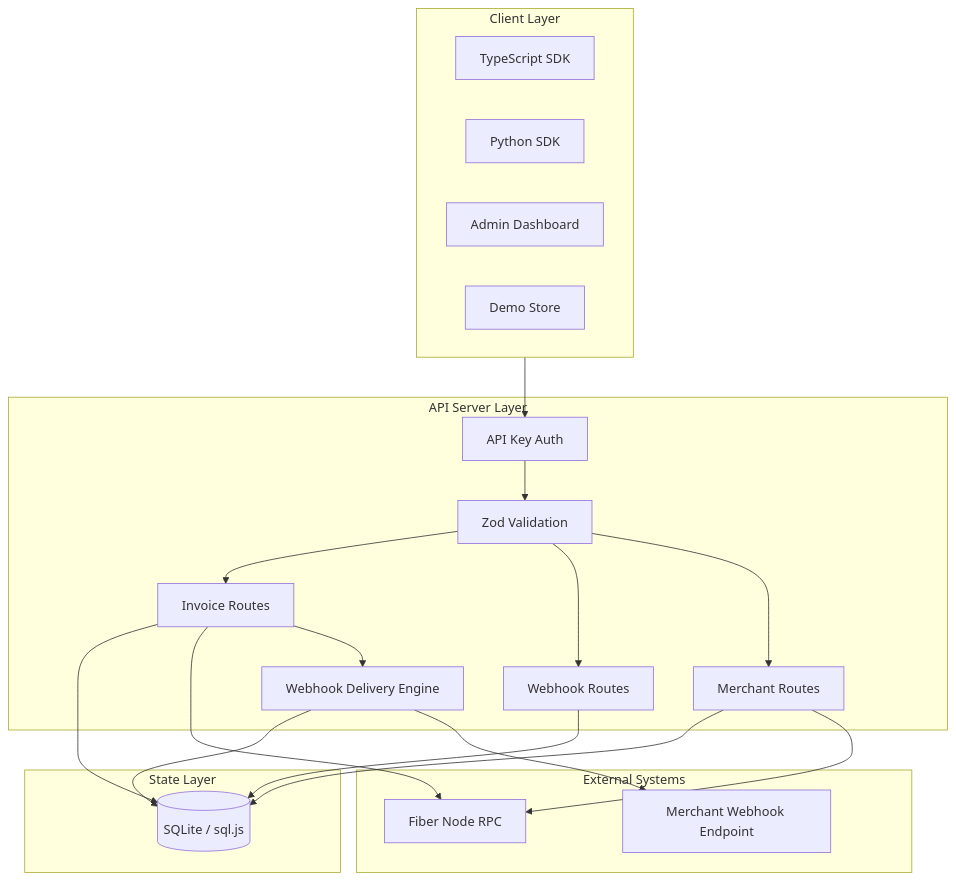
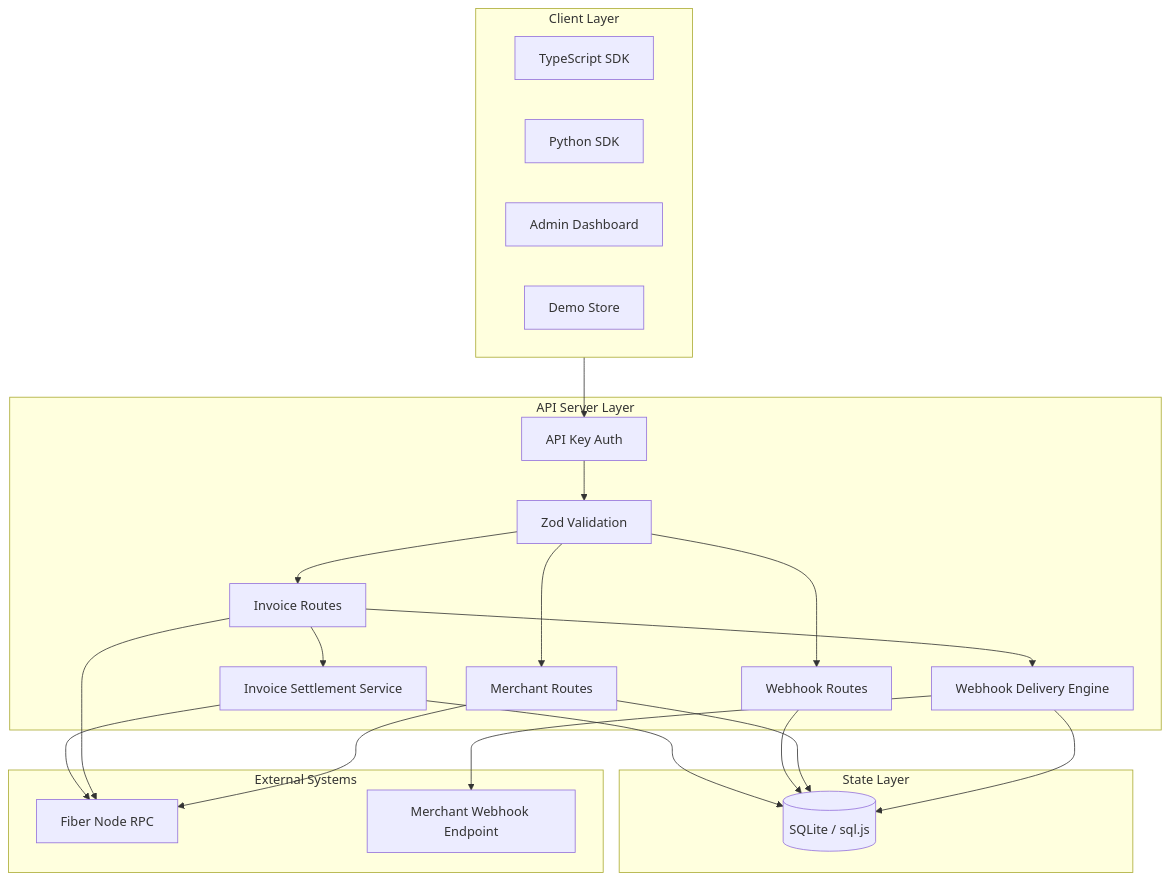
The second of 5 diagrams in docs/architecture.md (zynorr/fiber-merchant-kit), drawn with Mermaid before and after one commit. The commit also changed other lines of this file and 22 other files, not shown here.

Commit message:
Add live Fiber status and settlement worker

````diff
--- a/docs/architecture.md
+++ b/docs/architecture.md
@@ -59,41 +60,44 @@
 ```mermaid
 flowchart TB
   subgraph Clients["Client Layer"]
     SDKTS["TypeScript SDK"]
     SDKPY["Python SDK"]
     Dashboard["Admin Dashboard"]
     Store["Demo Store"]
   end
 
   subgraph API["API Server Layer"]
     Auth["API Key Auth"]
     Validation["Zod Validation"]
     Invoices["Invoice Routes"]
     Webhooks["Webhook Routes"]
     Merchant["Merchant Routes"]
+    Settlement["Invoice Settlement Service"]
     Delivery["Webhook Delivery Engine"]
   end
 
   subgraph State["State Layer"]
     DB[("SQLite / sql.js")]
   end
 
   subgraph External["External Systems"]
     Fiber["Fiber Node RPC"]
     HookURL["Merchant Webhook Endpoint"]
   end
 
   Clients --> Auth
   Auth --> Validation
   Validation --> Invoices
   Validation --> Webhooks
   Validation --> Merchant
-  Invoices --> DB
+  Invoices --> Settlement
+  Settlement --> DB
+  Settlement --> Fiber
   Webhooks --> DB
   Merchant --> DB
   Invoices --> Fiber
   Merchant --> Fiber
   Invoices --> Delivery
   Delivery --> DB
   Delivery --> HookURL
 ```
````
